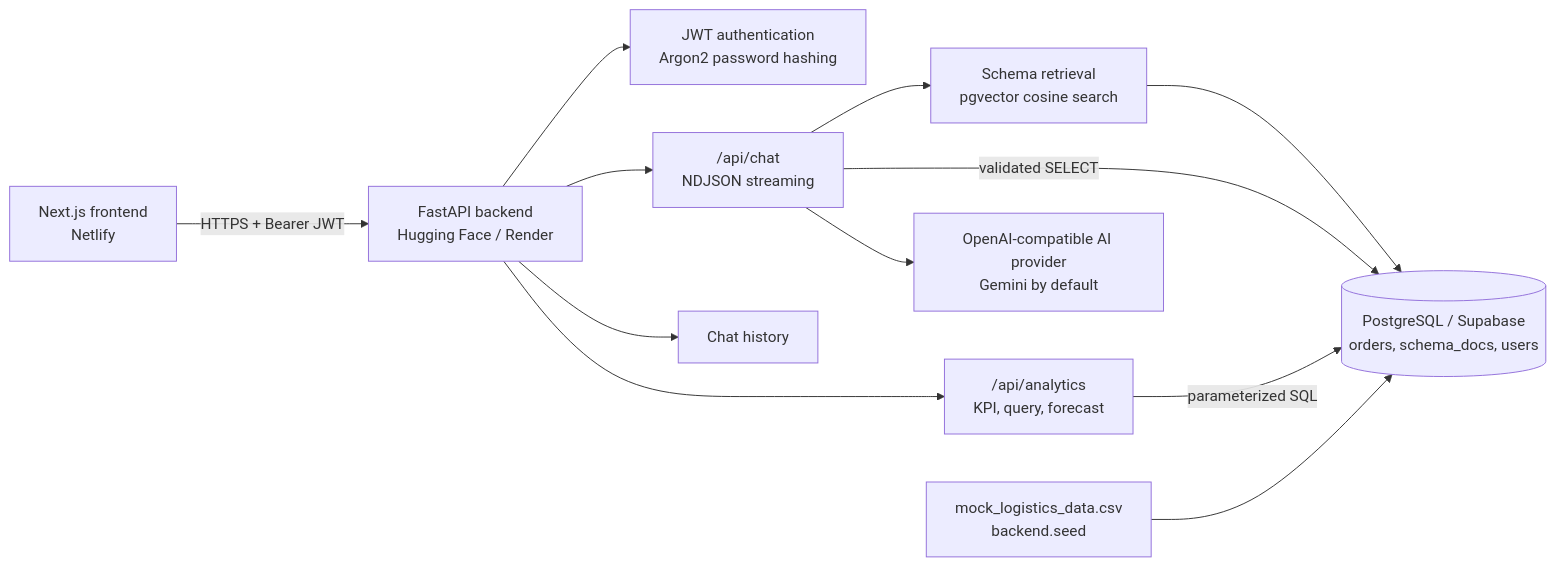
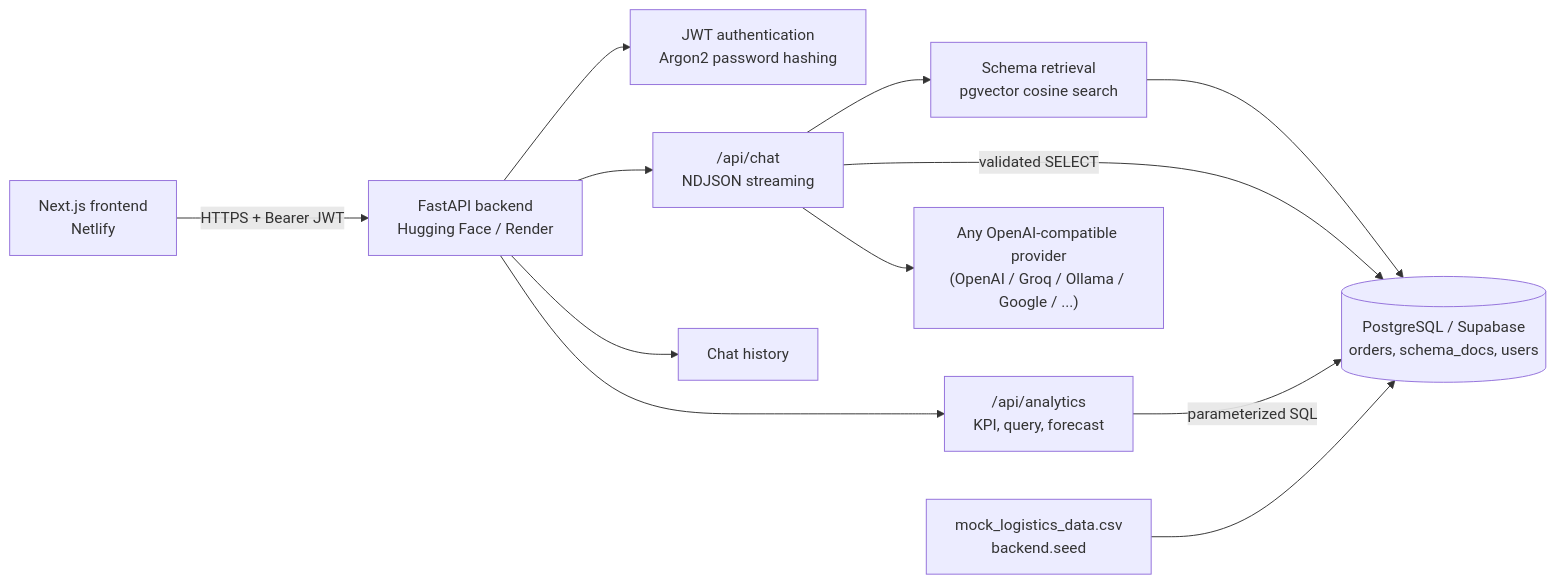
Before and after one commit to arifsoul/ai_logistics: the first of 2 diagrams in README.md, drawn with Mermaid. The commit also changed other lines of this file and 13 other files, not shown here.

````diff
--- a/README.md
+++ b/README.md
@@ -27,14 +27,14 @@
 ```mermaid
 flowchart LR
     Browser["Next.js frontend<br/>Netlify"] -->|HTTPS + Bearer JWT| API["FastAPI backend<br/>Hugging Face / Render"]
     API --> Auth["JWT authentication<br/>Argon2 password hashing"]
     API --> Chat["/api/chat<br/>NDJSON streaming"]
     API --> Analytics["/api/analytics<br/>KPI, query, forecast"]
     API --> History[Chat history]
     Chat --> Retriever["Schema retrieval<br/>pgvector cosine search"]
     Retriever --> DB[("PostgreSQL / Supabase<br/>orders, schema_docs, users")]
-    Chat --> Model["OpenAI-compatible AI provider<br/>Gemini by default"]
+    Chat --> Model["Any OpenAI-compatible provider<br/>(OpenAI / Groq / Ollama / Google / ...)"]
     Chat -->|validated SELECT| DB
     Analytics -->|parameterized SQL| DB
     Seed["mock_logistics_data.csv<br/>backend.seed"] --> DB
 ```
````
